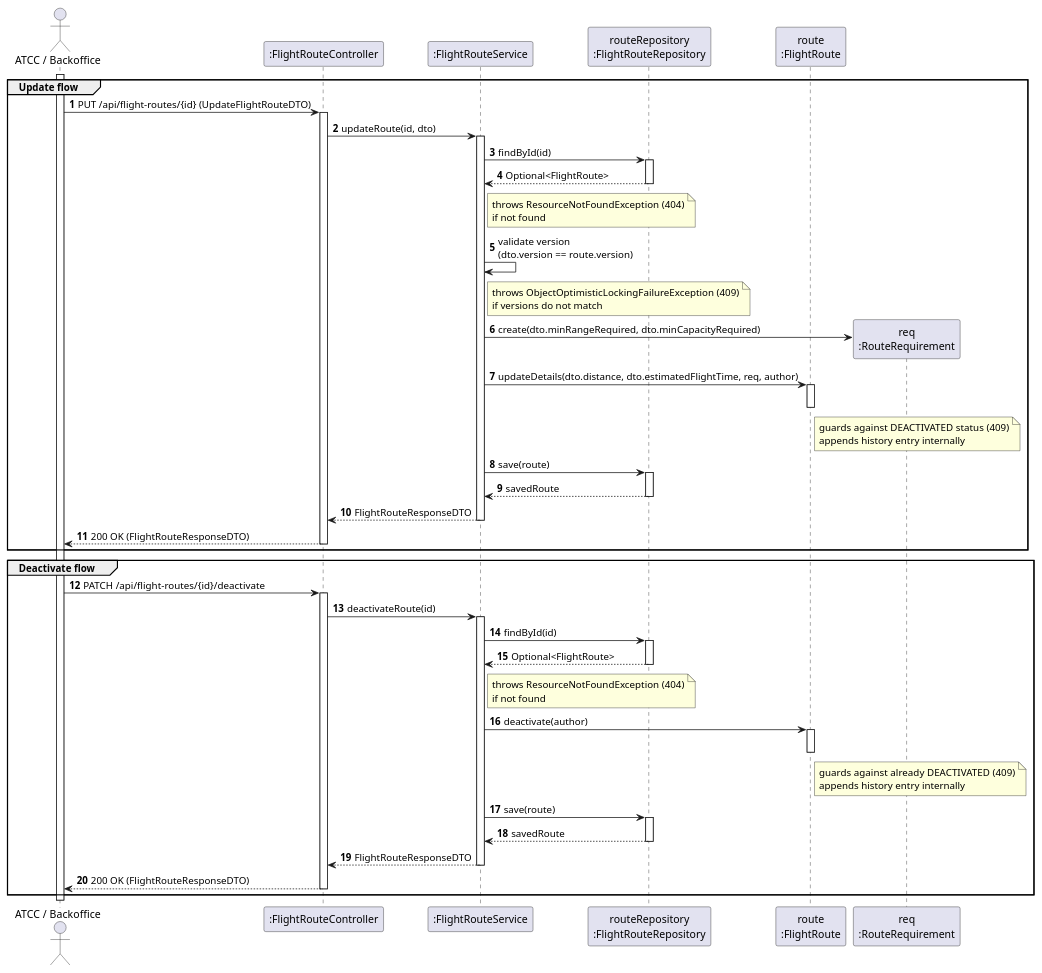
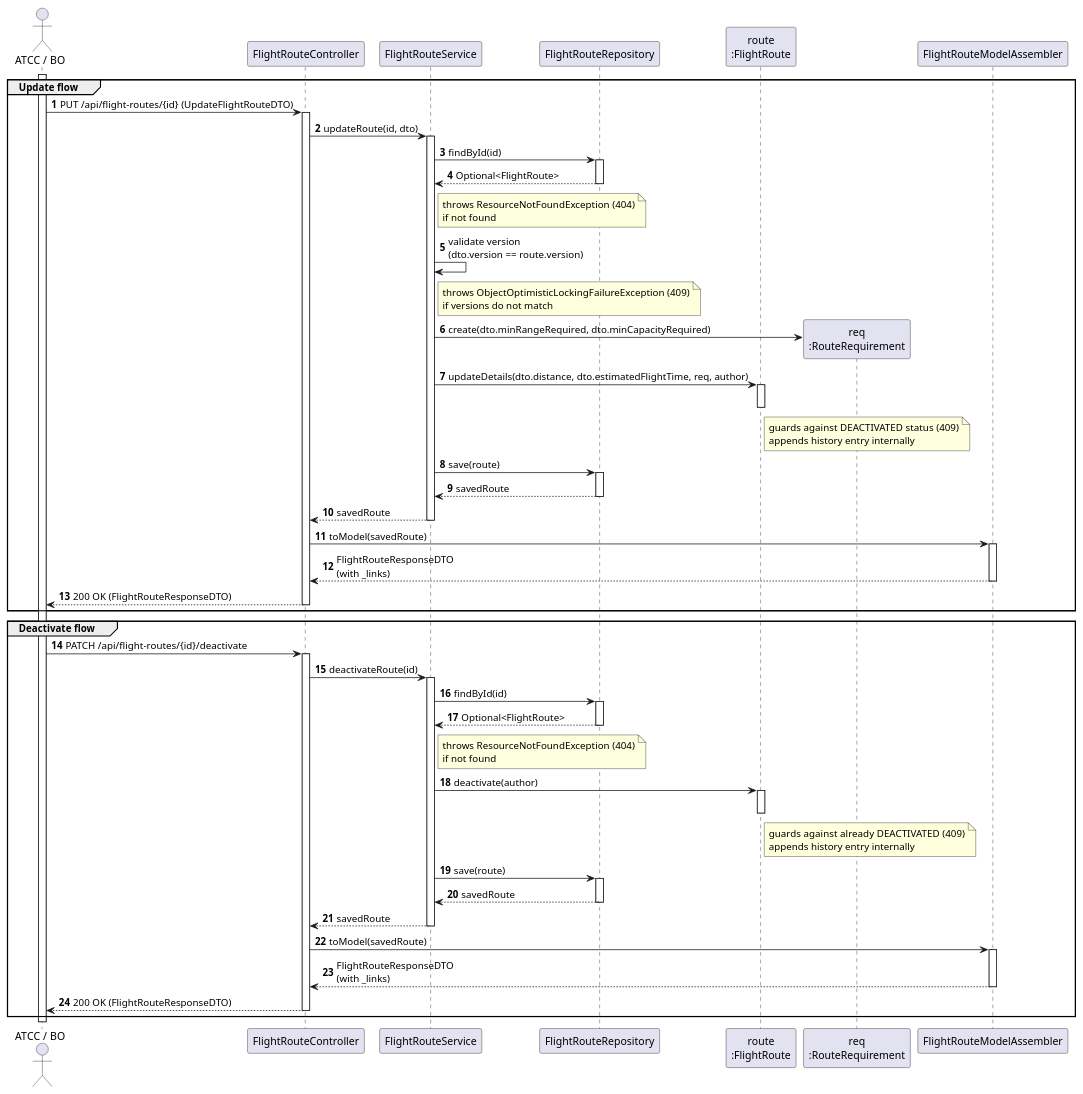
Before and after one commit to Andre-1240567/psoft2026_2DB_1240567_1241013_1240624: the diagram in docs/use-cases/WP#3A/US112/puml/US112-SD.puml, drawn with PlantUML. The commit also changed 43 other files, not shown here.

```diff
--- a/docs/use-cases/WP#3A/US112/puml/US112-SD.puml
+++ b/docs/use-cases/WP#3A/US112/puml/US112-SD.puml
@@ -1,76 +1,89 @@
-@startuml
+@startuml US112-SD
 autonumber
-actor "ATCC / Backoffice" as Actor
-participant ":FlightRouteController" as Ctrl
-participant ":FlightRouteService" as Service
-participant "routeRepository\n:FlightRouteRepository" as Repo
+actor "ATCC / BO" as Actor
+participant "FlightRouteController" as Ctrl
+participant "FlightRouteService" as Service
+participant "FlightRouteRepository" as Repo
 participant "route\n:FlightRoute" as Route
 participant "req\n:RouteRequirement" as Req
+participant "FlightRouteModelAssembler" as Assembler
 
 activate Actor
 
 group Update flow
-Actor -> Ctrl: PUT /api/flight-routes/{id} (UpdateFlightRouteDTO)
-activate Ctrl
+    Actor -> Ctrl: PUT /api/flight-routes/{id} (UpdateFlightRouteDTO)
+    activate Ctrl
 
-Ctrl -> Service: updateRoute(id, dto)
-activate Service
+    Ctrl -> Service: updateRoute(id, dto)
+    activate Service
 
-Service -> Repo: findById(id)
-activate Repo
-Repo --> Service: Optional<FlightRoute>
-deactivate Repo
-note right of Service: throws ResourceNotFoundException (404)\nif not found
+    Service -> Repo: findById(id)
+    activate Repo
+    Repo --> Service: Optional<FlightRoute>
+    deactivate Repo
+    note right of Service: throws ResourceNotFoundException (404)\nif not found
 
-Service -> Service: validate version\n(dto.version == route.version)
-note right of Service: throws ObjectOptimisticLockingFailureException (409)\nif versions do not match
+    Service -> Service: validate version\n(dto.version == route.version)
+    note right of Service: throws ObjectOptimisticLockingFailureException (409)\nif versions do not match
 
-Service -> Req**: create(dto.minRangeRequired, dto.minCapacityRequired)
+    Service -> Req**: create(dto.minRangeRequired, dto.minCapacityRequired)
 
-Service -> Route: updateDetails(dto.distance, dto.estimatedFlightTime, req, author)
-activate Route
-note right of Route: guards against DEACTIVATED status (409)\nappends history entry internally
-deactivate Route
+    Service -> Route: updateDetails(dto.distance, dto.estimatedFlightTime, req, author)
+    activate Route
+    note right of Route: guards against DEACTIVATED status (409)\nappends history entry internally
+    deactivate Route
 
-Service -> Repo: save(route)
-activate Repo
-Repo --> Service: savedRoute
-deactivate Repo
+    Service -> Repo: save(route)
+    activate Repo
+    Repo --> Service: savedRoute
+    deactivate Repo
 
-Service --> Ctrl: FlightRouteResponseDTO
-deactivate Service
-Ctrl --> Actor: 200 OK (FlightRouteResponseDTO)
-deactivate Ctrl
+    Service --> Ctrl: savedRoute
+    deactivate Service
+    
+    Ctrl -> Assembler: toModel(savedRoute)
+    activate Assembler
+    Assembler --> Ctrl: FlightRouteResponseDTO\n(with _links)
+    deactivate Assembler
+
+    Ctrl --> Actor: 200 OK (FlightRouteResponseDTO)
+    deactivate Ctrl
 end
 
 group Deactivate flow
-Actor -> Ctrl: PATCH /api/flight-routes/{id}/deactivate
-activate Ctrl
+    Actor -> Ctrl: PATCH /api/flight-routes/{id}/deactivate
+    activate Ctrl
 
-Ctrl -> Service: deactivateRoute(id)
-activate Service
+    Ctrl -> Service: deactivateRoute(id)
+    activate Service
 
-Service -> Repo: findById(id)
-activate Repo
-Repo --> Service: Optional<FlightRoute>
-deactivate Repo
-note right of Service: throws ResourceNotFoundException (404)\nif not found
+    Service -> Repo: findById(id)
+    activate Repo
+    Repo --> Service: Optional<FlightRoute>
+    deactivate Repo
+    note right of Service: throws ResourceNotFoundException (404)\nif not found
 
-Service -> Route: deactivate(author)
-activate Route
-note right of Route: guards against already DEACTIVATED (409)\nappends history entry internally
-deactivate Route
+    Service -> Route: deactivate(author)
+    activate Route
+    note right of Route: guards against already DEACTIVATED (409)\nappends history entry internally
+    deactivate Route
 
-Service -> Repo: save(route)
-activate Repo
-Repo --> Service: savedRoute
-deactivate Repo
+    Service -> Repo: save(route)
+    activate Repo
+    Repo --> Service: savedRoute
+    deactivate Repo
 
-Service --> Ctrl: FlightRouteResponseDTO
-deactivate Service
-Ctrl --> Actor: 200 OK (FlightRouteResponseDTO)
-deactivate Ctrl
+    Service --> Ctrl: savedRoute
+    deactivate Service
+    
+    Ctrl -> Assembler: toModel(savedRoute)
+    activate Assembler
+    Assembler --> Ctrl: FlightRouteResponseDTO\n(with _links)
+    deactivate Assembler
+    
+    Ctrl --> Actor: 200 OK (FlightRouteResponseDTO)
+    deactivate Ctrl
 end
 
 deactivate Actor
 @enduml
```
